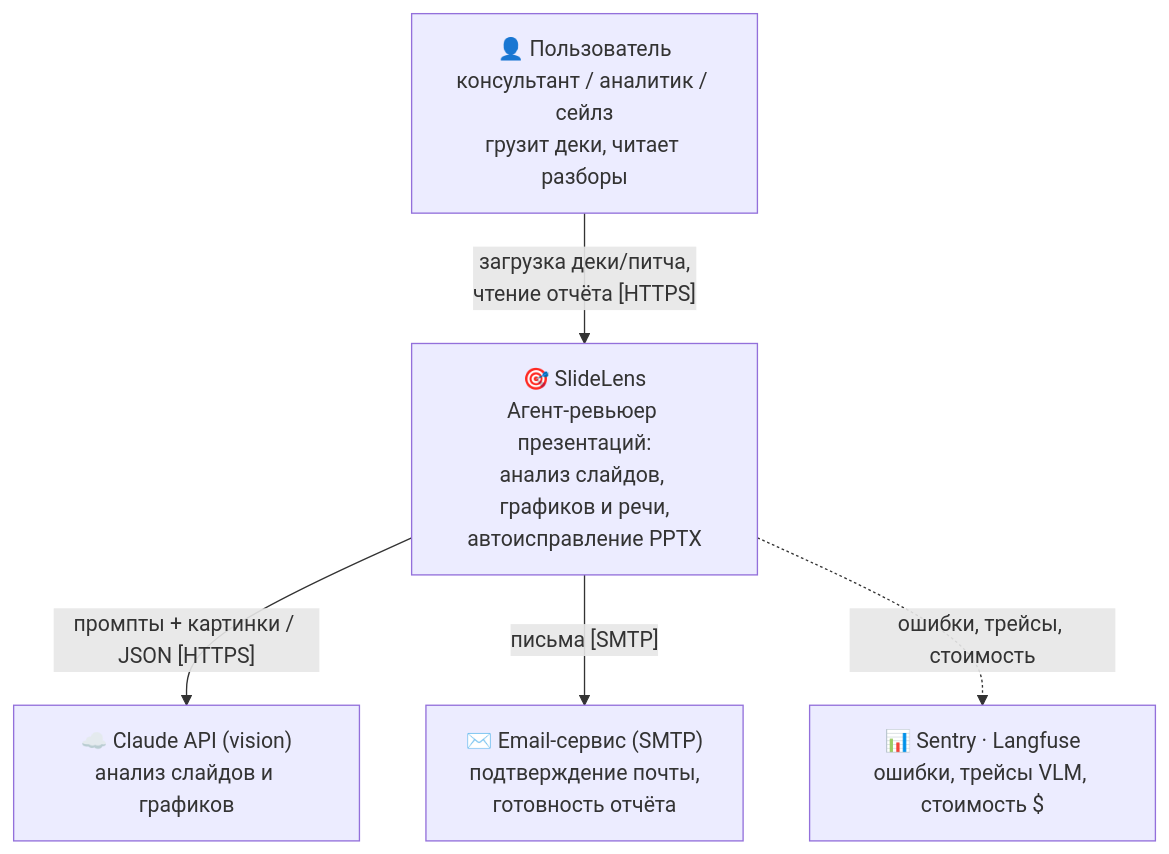
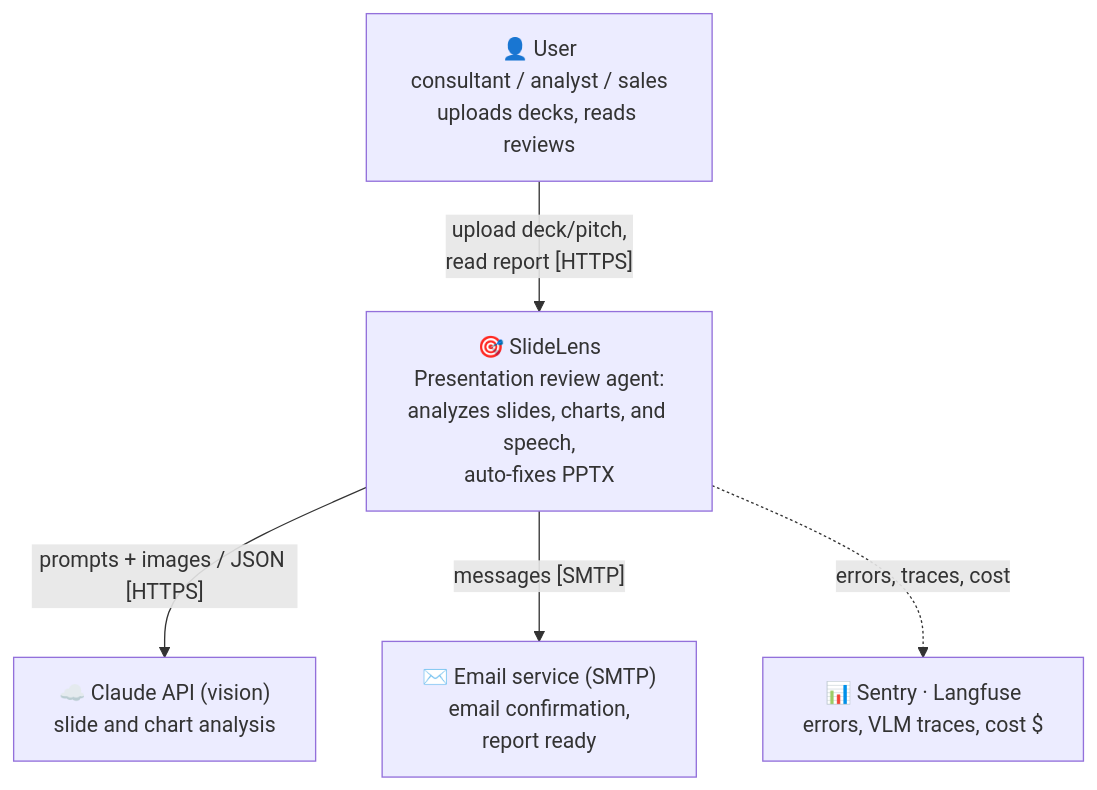
One commit to SlideLens/Achitecture changed the first of 6 diagrams in docs/C4.md. Above: the diagram before and after it, drawn with Mermaid. The commit also changed other lines of this file and 24 other files, not shown here.

````diff
--- a/docs/C4.md
+++ b/docs/C4.md
@@ -9,15 +9,15 @@
 ```mermaid
 flowchart TB
-    user["👤 Пользователь<br/>консультант / аналитик / сейлз<br/>грузит деки, читает разборы"]
+    user["👤 User<br/>consultant / analyst / sales<br/>uploads decks, reads reviews"]
 
-    slidelens["🎯 SlideLens<br/>Агент-ревьюер презентаций:<br/>анализ слайдов, графиков и речи,<br/>автоисправление PPTX"]
+    slidelens["🎯 SlideLens<br/>Presentation review agent:<br/>analyzes slides, charts, and speech,<br/>auto-fixes PPTX"]
 
-    vlm["☁️ Claude API (vision)<br/>анализ слайдов и графиков"]
-    email["✉️ Email-сервис (SMTP)<br/>подтверждение почты,<br/>готовность отчёта"]
-    obs["📊 Sentry · Langfuse<br/>ошибки, трейсы VLM, стоимость $"]
+    vlm["☁️ Claude API (vision)<br/>slide and chart analysis"]
+    email["✉️ Email service (SMTP)<br/>email confirmation,<br/>report ready"]
+    obs["📊 Sentry · Langfuse<br/>errors, VLM traces, cost $"]
 
-    user -- "загрузка деки/питча,<br/>чтение отчёта [HTTPS]" --> slidelens
-    slidelens -- "промпты + картинки / JSON [HTTPS]" --> vlm
-    slidelens -- "письма [SMTP]" --> email
-    slidelens -. "ошибки, трейсы, стоимость" .-> obs
+    user -- "upload deck/pitch,<br/>read report [HTTPS]" --> slidelens
+    slidelens -- "prompts + images / JSON [HTTPS]" --> vlm
+    slidelens -- "messages [SMTP]" --> email
+    slidelens -. "errors, traces, cost" .-> obs
 ```
````
